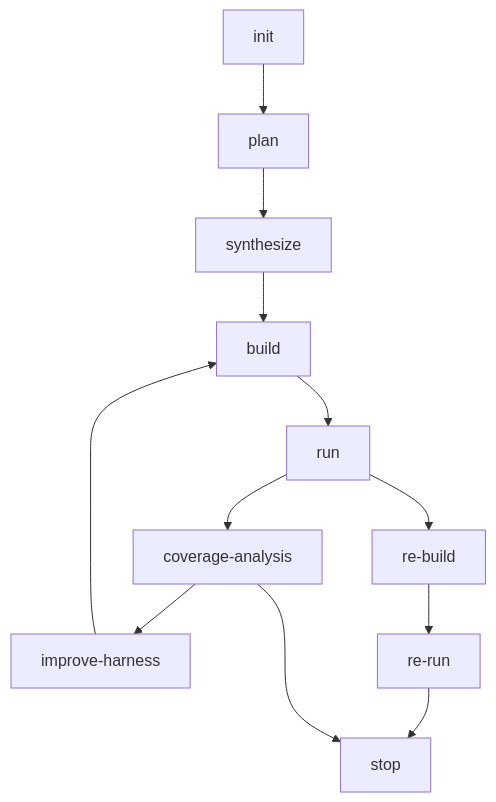
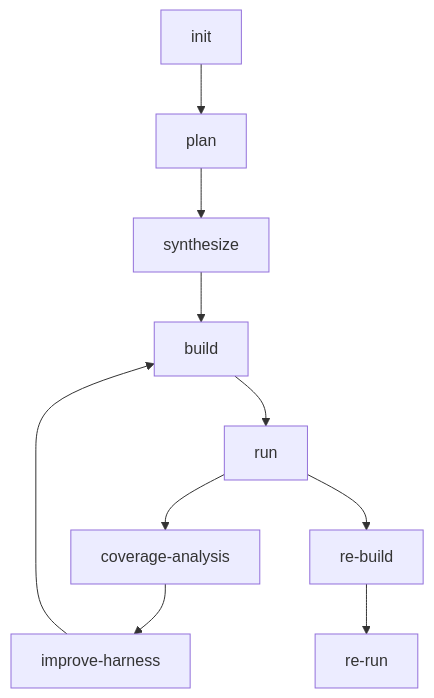
One commit to ZUENS2020/Sherpa changed the second of 2 diagrams in docs/CODEBASE_TECHNICAL_ANALYSIS.md. Above: the diagram before and after it, drawn with Mermaid. The commit also changed other lines of this file and 6 other files, not shown here.

````diff
--- a/docs/CODEBASE_TECHNICAL_ANALYSIS.md
+++ b/docs/CODEBASE_TECHNICAL_ANALYSIS.md
@@ -66,14 +97,12 @@
 ```mermaid
 flowchart TD
   INIT["init"] --> PLAN["plan"]
   PLAN --> SYN["synthesize"]
   SYN --> BUILD["build"]
   BUILD --> RUN["run"]
   RUN --> CA["coverage-analysis"]
   CA --> IH["improve-harness"]
   IH --> BUILD
   RUN --> RB["re-build"]
   RB --> RR["re-run"]
-  RR --> STOP["stop"]
-  CA --> STOP
 ```
````
